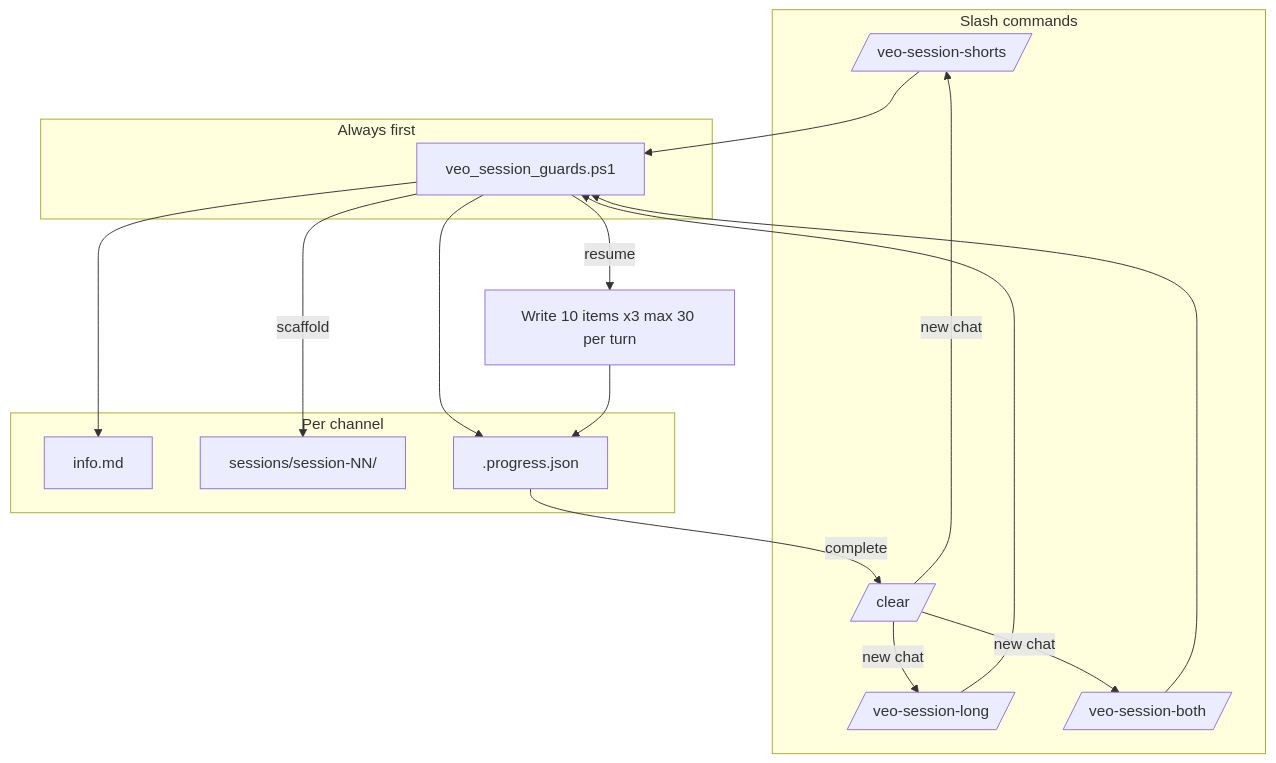
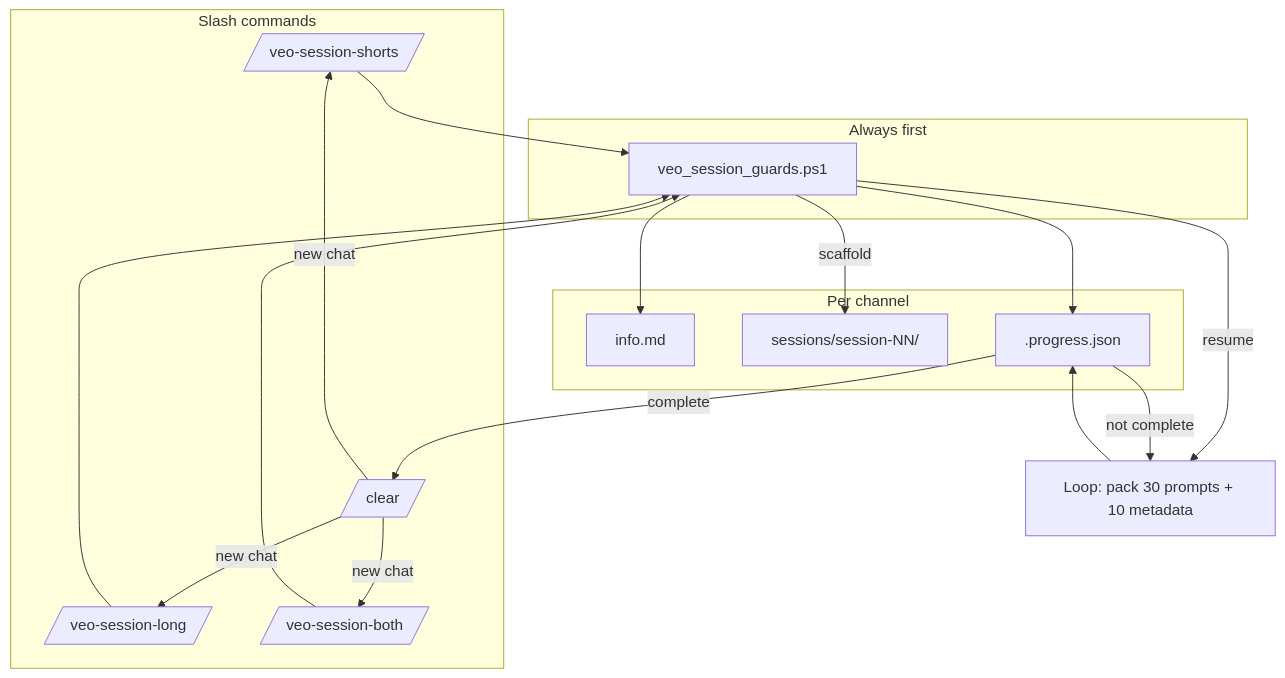
One commit to ab069/veo3-channel-agent changed the diagram in docs/VEO-SESSION-ARCHITECTURE.md. Above: the diagram before and after it, drawn with Mermaid. The commit also changed other lines of this file and 18 other files, not shown here.

````diff
--- a/docs/VEO-SESSION-ARCHITECTURE.md
+++ b/docs/VEO-SESSION-ARCHITECTURE.md
@@ -56,32 +56,33 @@
 ```mermaid
 flowchart TB
   subgraph commands [Slash commands]
     S[/veo-session-shorts/]
     L[/veo-session-long/]
     B[/veo-session-both/]
     C[/clear/]
   end
 
   subgraph preflight [Always first]
     G[veo_session_guards.ps1]
   end
 
   subgraph channel [Per channel]
     INFO[info.md]
     SESS[sessions/session-NN/]
     PROG[.progress.json]
   end
 
   S --> G
   L --> G
   B --> G
   G --> INFO
   G --> PROG
   G -->|scaffold| SESS
-  G -->|resume| WRITE[Write 10 items x3 max 30 per turn]
-  WRITE --> PROG
+  G -->|resume| LOOP[Loop: pack 30 prompts + 10 metadata]
+  LOOP --> PROG
+  PROG -->|not complete| LOOP
   PROG -->|complete| C
   C -->|new chat| S
   C -->|new chat| L
   C -->|new chat| B
 ```
````
